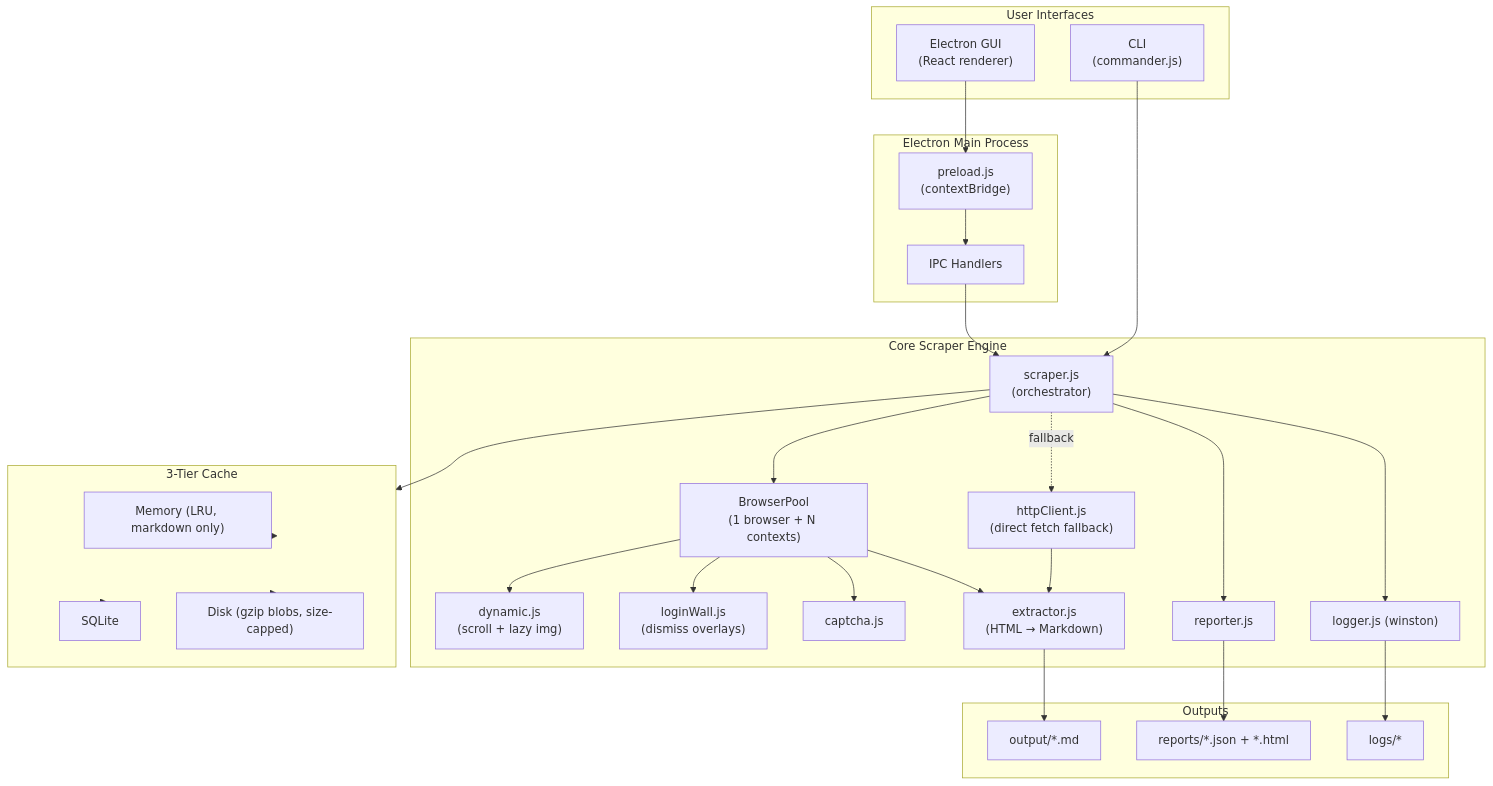
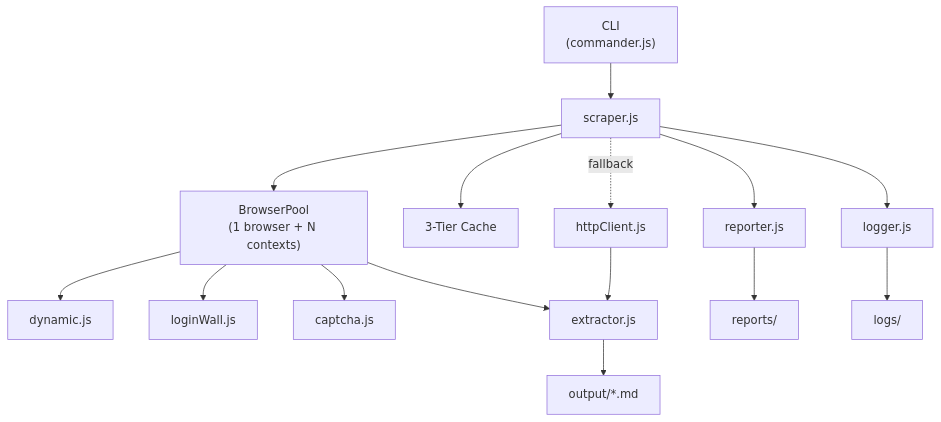
Before and after one commit to Asifptm/Wikiscarper-2.0: the diagram in README.md, drawn with Mermaid. The commit also changed other lines of this file and 42 other files, not shown here.

````diff
--- a/README.md
+++ b/README.md
@@ -87,52 +80,14 @@
 ```mermaid
 graph TD
-    subgraph UI["User Interfaces"]
-        GUI["Electron GUI<br/>(React renderer)"]
-        CLI["CLI<br/>(commander.js)"]
-    end
-
-    subgraph MAIN["Electron Main Process"]
-        IPC["IPC Handlers"]
-        PRELOAD["preload.js<br/>(contextBridge)"]
-    end
-
-    subgraph ENGINE["Core Scraper Engine"]
-        SCRAPER["scraper.js<br/>(orchestrator)"]
-        POOL["BrowserPool<br/>(1 browser + N contexts)"]
-        DYN["dynamic.js<br/>(scroll + lazy img)"]
-        WALL["loginWall.js<br/>(dismiss overlays)"]
-        CAP["captcha.js"]
-        EXT["extractor.js<br/>(HTML → Markdown)"]
-        HTTP["httpClient.js<br/>(direct fetch fallback)"]
-        REP["reporter.js"]
-        LOG["logger.js (winston)"]
-    end
-
-    subgraph CACHE["3-Tier Cache"]
-        MEM["Memory (LRU, markdown only)"]
-        SQL["SQLite"]
-        DISK["Disk (gzip blobs, size-capped)"]
-    end
-
-    subgraph OUT["Outputs"]
-        MD["output/*.md"]
-        REPORTS["reports/*.json + *.html"]
-        LOGS["logs/*"]
-    end
-
-    GUI --> PRELOAD --> IPC --> SCRAPER
-    CLI --> SCRAPER
-    SCRAPER --> POOL
-    SCRAPER --> CACHE
-    POOL --> DYN
-    POOL --> WALL
-    POOL --> CAP
-    POOL --> EXT
-    SCRAPER -.fallback.-> HTTP --> EXT
-    EXT --> MD
-    SCRAPER --> REP --> REPORTS
-    SCRAPER --> LOG --> LOGS
-    CACHE --> MEM
-    CACHE --> SQL
-    CACHE --> DISK
+    CLI["CLI<br/>(commander.js)"] --> SCRAPER["scraper.js"]
+    SCRAPER --> POOL["BrowserPool<br/>(1 browser + N contexts)"]
+    SCRAPER --> CACHE["3-Tier Cache"]
+    POOL --> DYN["dynamic.js"]
+    POOL --> WALL["loginWall.js"]
+    POOL --> CAP["captcha.js"]
+    POOL --> EXT["extractor.js"]
+    SCRAPER -.fallback.-> HTTP["httpClient.js"] --> EXT
+    EXT --> MD["output/*.md"]
+    SCRAPER --> REP["reporter.js"] --> REPORTS["reports/"]
+    SCRAPER --> LOG["logger.js"] --> LOGS["logs/"]
 ```
````
